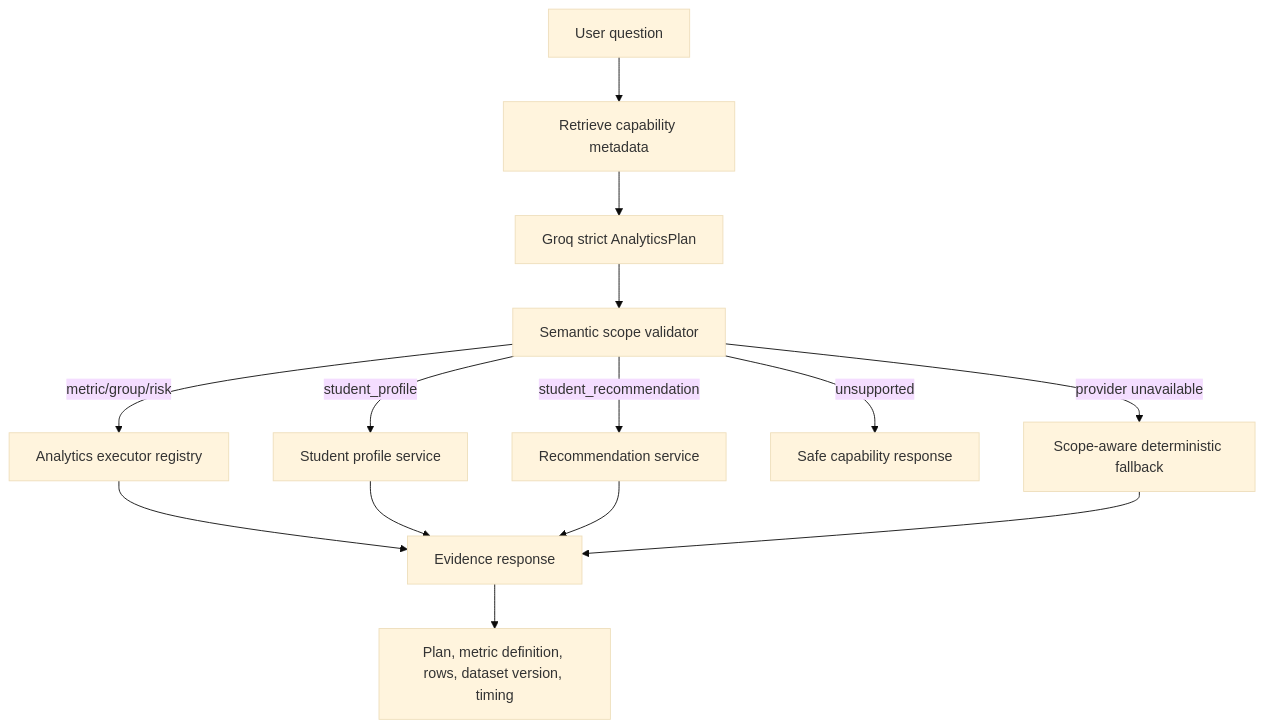
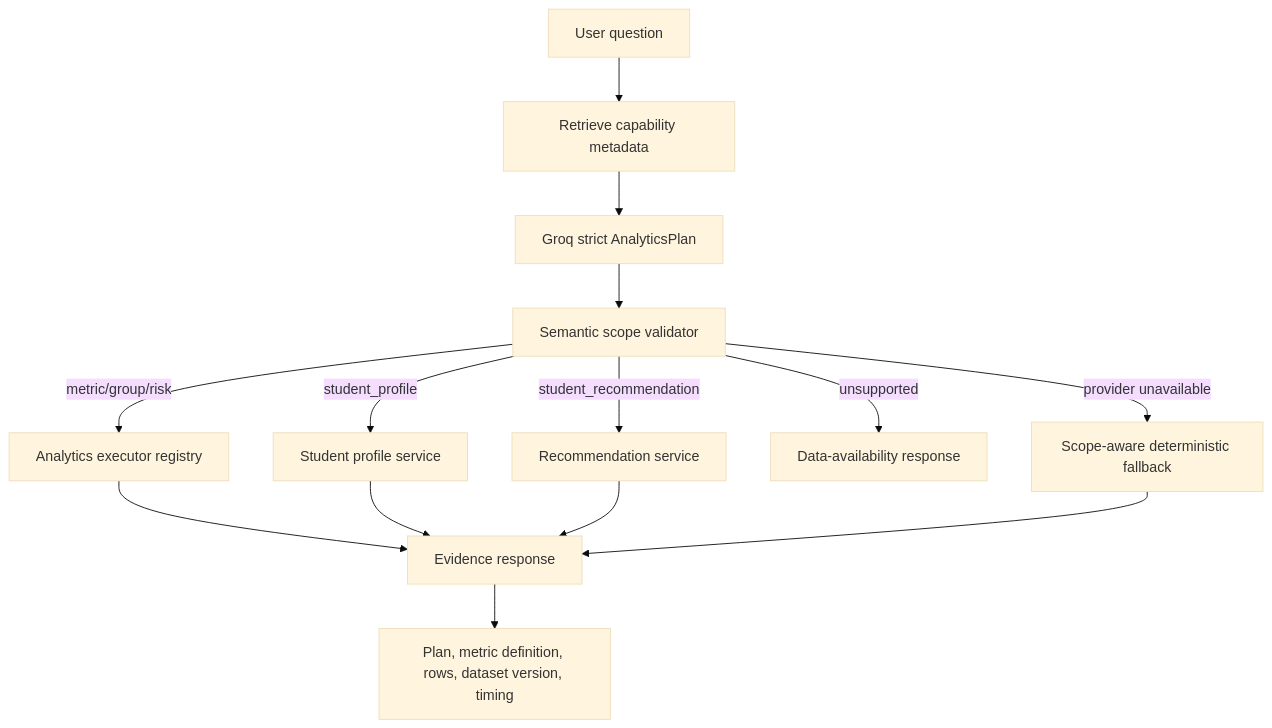
The second of 2 diagrams in DECISIONS.md (Rujul13/student-analytics-copilot), drawn with Mermaid (base theme) before and after one commit. The commit also changed other lines of this file and 21 other files, not shown here.

````diff
--- a/DECISIONS.md
+++ b/DECISIONS.md
@@ -535,16 +551,16 @@
 ```mermaid
 flowchart TD
     Q["User question"] --> RET["Retrieve capability metadata"]
     RET --> PLAN["Groq strict AnalyticsPlan"]
     PLAN --> SEM["Semantic scope validator"]
     SEM -->|"metric/group/risk"| AX["Analytics executor registry"]
     SEM -->|"student_profile"| SP["Student profile service"]
     SEM -->|"student_recommendation"| RS["Recommendation service"]
-    SEM -->|"unsupported"| UNS["Safe capability response"]
+    SEM -->|"unsupported"| UNS["Data-availability response"]
     SEM -->|"provider unavailable"| FB["Scope-aware deterministic fallback"]
     AX --> RESP["Evidence response"]
     SP --> RESP
     RS --> RESP
     FB --> RESP
     RESP --> TRACE["Plan, metric definition, rows, dataset version, timing"]
 ```
````
